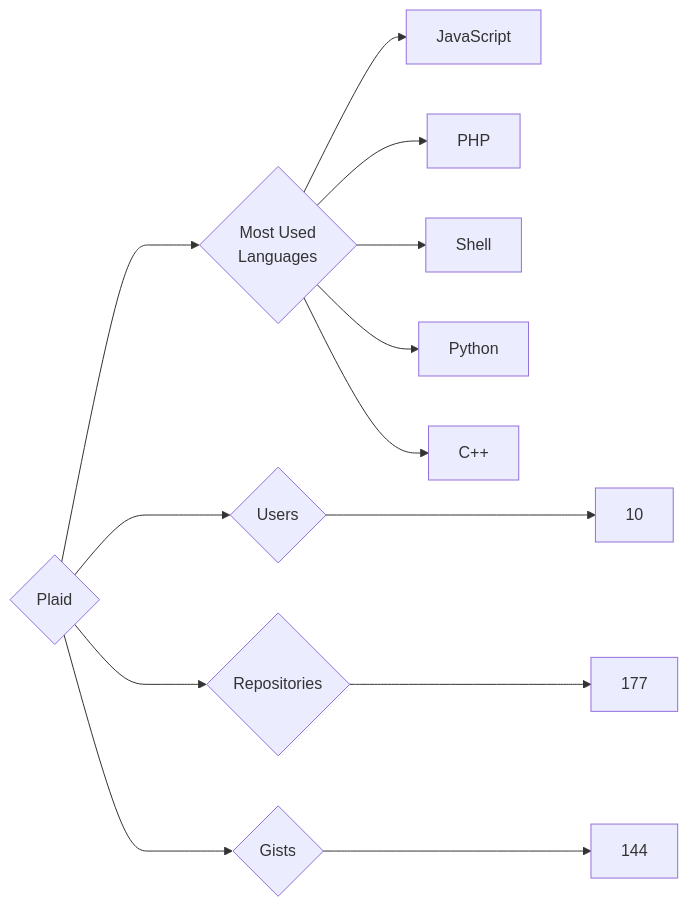
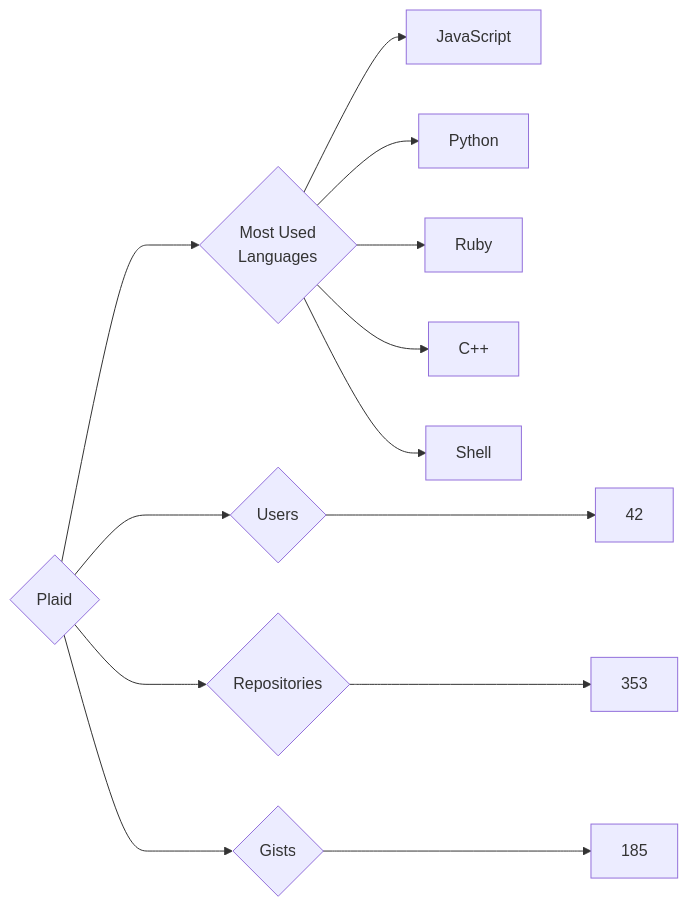
One commit to trickest/insiders changed the diagram in targets/Plaid/README.md. Above: the diagram before and after it, drawn with Mermaid. The commit also changed 695 other files, not shown here.

````diff
--- a/targets/Plaid/README.md
+++ b/targets/Plaid/README.md
@@ -3,13 +3,13 @@
 ```mermaid
 graph LR
 COMPANY_NAME{Plaid}
-COMPANY_NAME ---> U{Users} ---> UN[10]
-COMPANY_NAME ---> R{Repositories} ---> RN[177]
-COMPANY_NAME ---> G{Gists} ---> GN[144]
+COMPANY_NAME ---> U{Users} ---> UN[42]
+COMPANY_NAME ---> R{Repositories} ---> RN[353]
+COMPANY_NAME ---> G{Gists} ---> GN[185]
 COMPANY_NAME ---> ML{Most Used<br>Languages}
 ML --> JavaScript[JavaScript]
-ML --> PHP[PHP]
+ML --> Python[Python]
+ML --> Ruby[Ruby]
+ML --> C++[C++]
 ML --> Shell[Shell]
-ML --> Python[Python]
-ML --> C++[C++]
 ```
````
